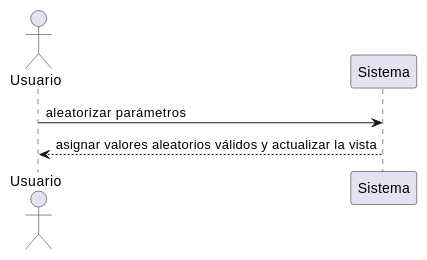
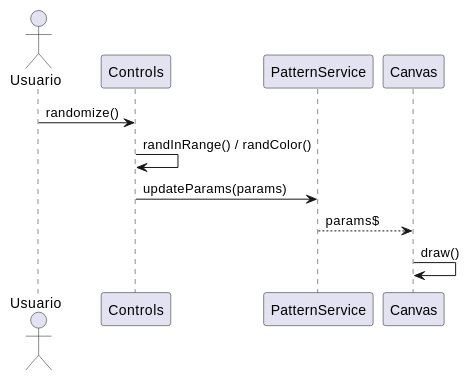
Before and after one commit to IgnacioMol/Epicycloid_generator: diagram 14 of 15 in claude/memoria-cap4-analisis.md, drawn with PlantUML. The commit also changed other lines of this file and 1 other file, not shown here.

````diff
--- a/claude/memoria-cap4-analisis.md
+++ b/claude/memoria-cap4-analisis.md
@@ -620,9 +798,14 @@
 ```plantuml
 @startuml SecAleatorizar
 actor Usuario
-participant "Sistema" as S
+participant "Controls" as C
+participant "PatternService" as PS
+participant "Canvas" as CV
 
-Usuario -> S : aleatorizar parámetros
-S --> Usuario : asignar valores aleatorios válidos y actualizar la vista
+Usuario -> C : randomize()
+C -> C : randInRange() / randColor()
+C -> PS : updateParams(params)
+PS --> CV : params$
+CV -> CV : draw()
 @enduml
 ```
````
